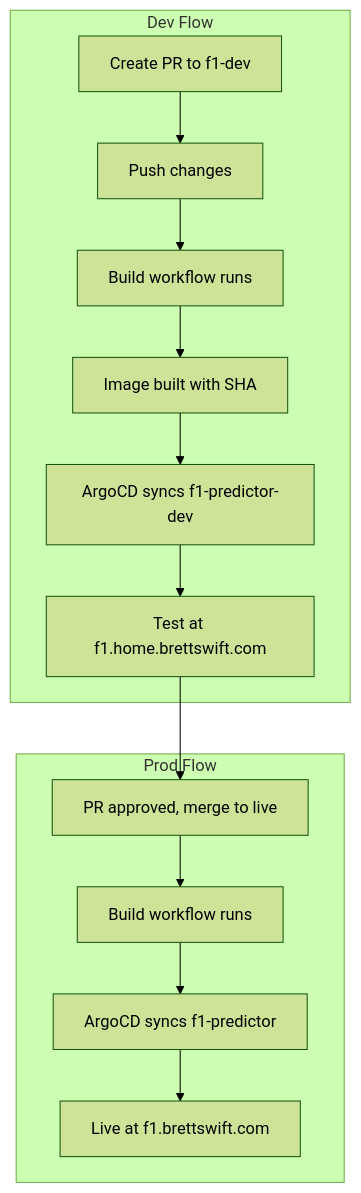
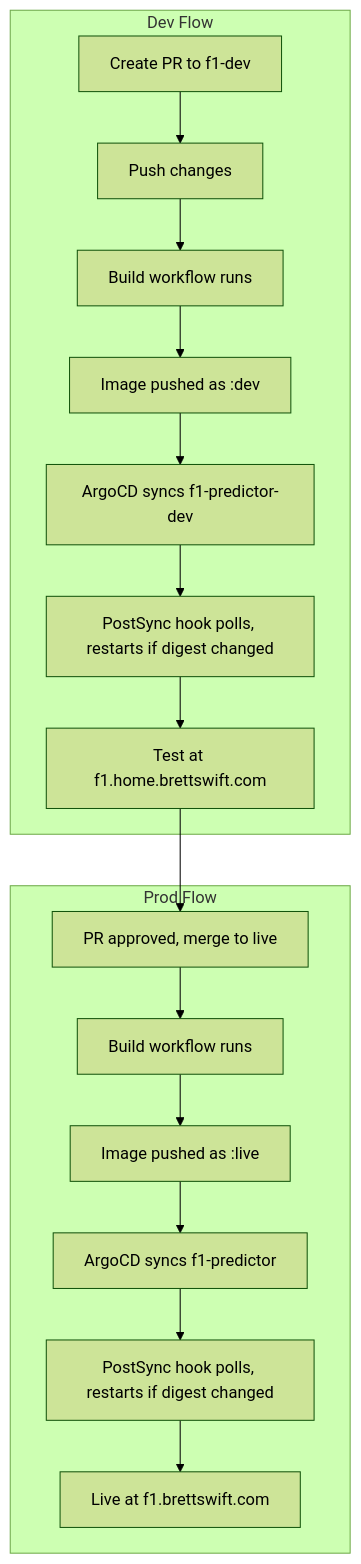
Before and after one commit to brettswift/k8s_nas: the diagram in apps/f1-predictor/WORKFLOW.md, drawn with Mermaid (forest theme). The commit also changed other lines of this file and 10 other files, not shown here.

First line of the commit message:
feat(f1): event-driven image refresh with :dev/:live and PostSync hook

````diff
--- a/apps/f1-predictor/WORKFLOW.md
+++ b/apps/f1-predictor/WORKFLOW.md
@@ -7,16 +7,19 @@
 ```mermaid
 flowchart TB
   subgraph dev [Dev Flow]
     A[Create PR to f1-dev] --> B[Push changes]
     B --> C[Build workflow runs]
-    C --> D[Image built with SHA]
+    C --> D[Image pushed as :dev]
     D --> E[ArgoCD syncs f1-predictor-dev]
-    E --> F[Test at f1.home.brettswift.com]
+    E --> F[PostSync hook polls, restarts if digest changed]
+    F --> G[Test at f1.home.brettswift.com]
   end
   subgraph prod [Prod Flow]
-    F --> G[PR approved, merge to live]
-    G --> H[Build workflow runs]
-    H --> I[ArgoCD syncs f1-predictor]
-    I --> J[Live at f1.brettswift.com]
+    G --> H[PR approved, merge to live]
+    H --> I[Build workflow runs]
+    I --> J[Image pushed as :live]
+    J --> K[ArgoCD syncs f1-predictor]
+    K --> L[PostSync hook polls, restarts if digest changed]
+    L --> M[Live at f1.brettswift.com]
   end
 ```
````
